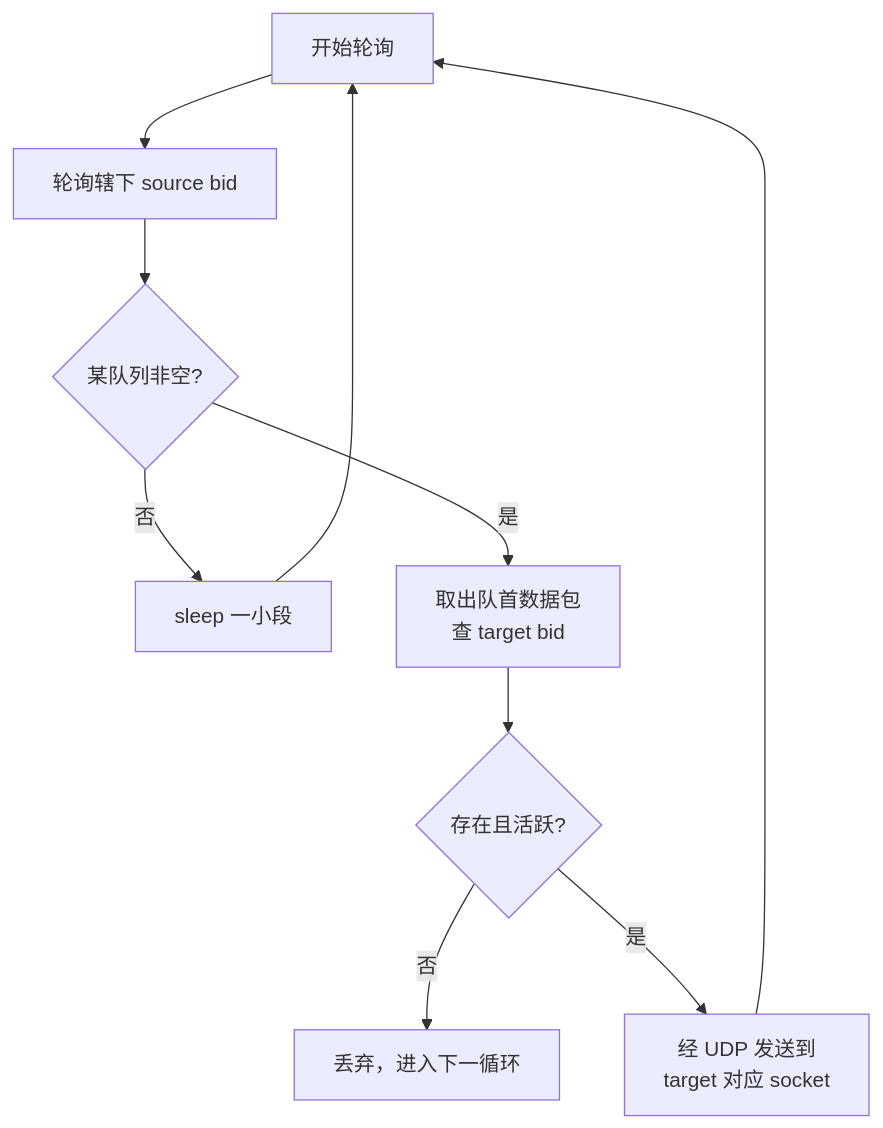
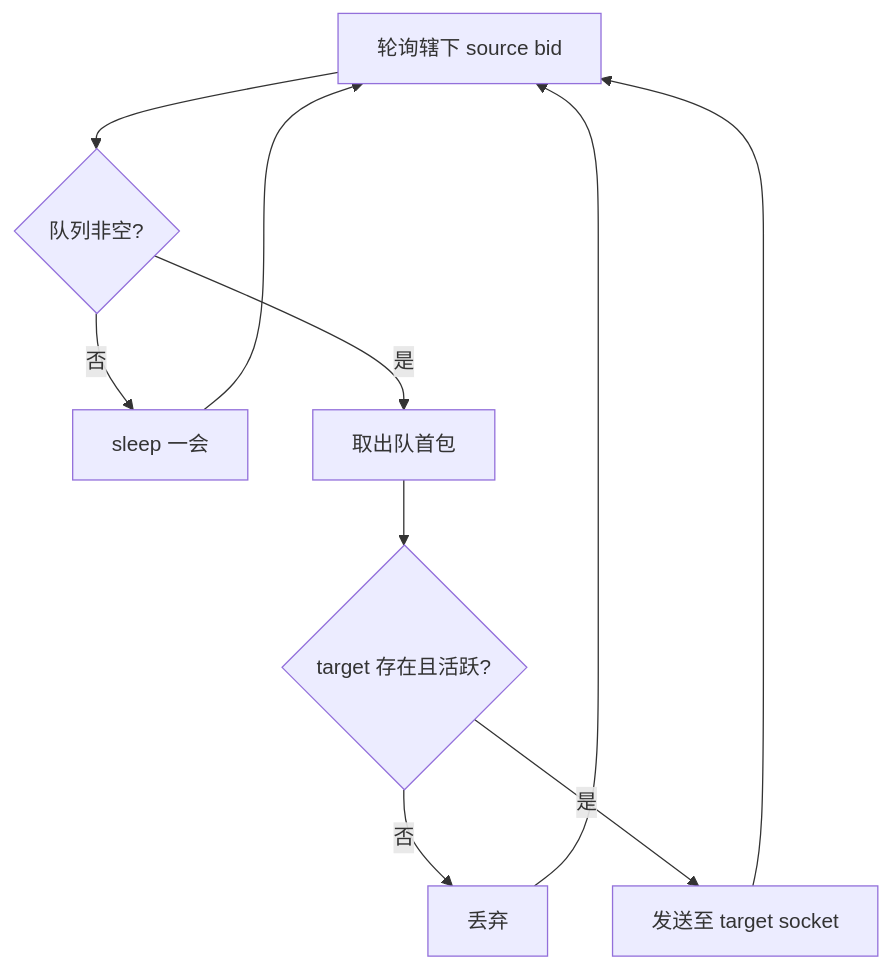
One commit to moky/magpie-bridge changed the fourth of 4 diagrams in docs/design-architecture.zh-CN.md. Above: the diagram before and after it, drawn with Mermaid. The commit also changed other lines of this file and 9 other files, not shown here.

````diff
--- a/docs/design-architecture.zh-CN.md
+++ b/docs/design-architecture.zh-CN.md
@@ -100,12 +74,9 @@
 ```mermaid
 flowchart TD
-    L[开始轮询] --> S[轮询辖下 source bid]
-    S --> E{某队列非空?}
-    E -- 否 --> SL[sleep 一小段]
-    SL --> L
-    E -- 是 --> T[取出队首数据包<br/>查 target bid]
-    T --> A{存在且活跃?}
-    A -- 否 --> DR[丢弃，进入下一循环]
-    A -- 是 --> SEND[经 UDP 发送到<br/>target 对应 socket]
-    SEND --> L
+    L["轮询辖下 source bid"] --> Q{"队列非空?"}
+    Q -- "否" --> SLEEP["sleep 一会"] --> L
+    Q -- "是" --> POP["取出队首包"]
+    POP --> T{"target 存在且活跃?"}
+    T -- "否" --> DROP["丢弃"] --> L
+    T -- "是" --> SEND["发送至 target socket"] --> L
 ```
````
